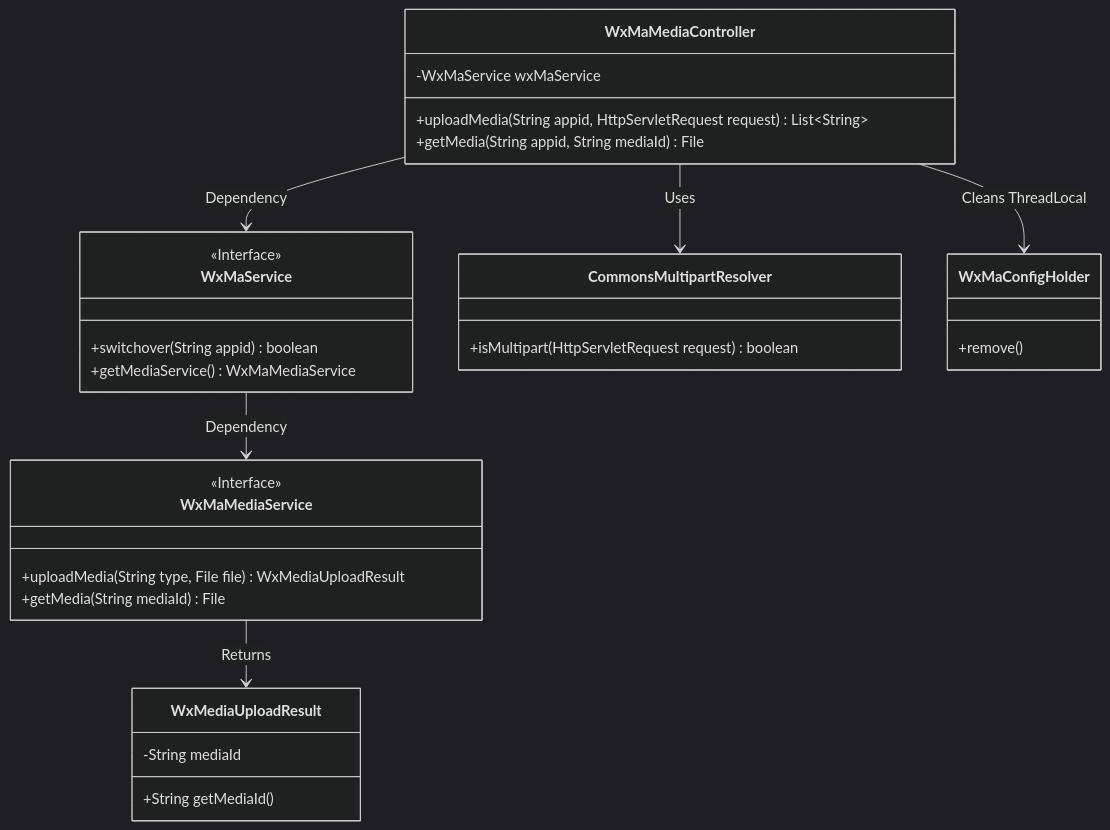
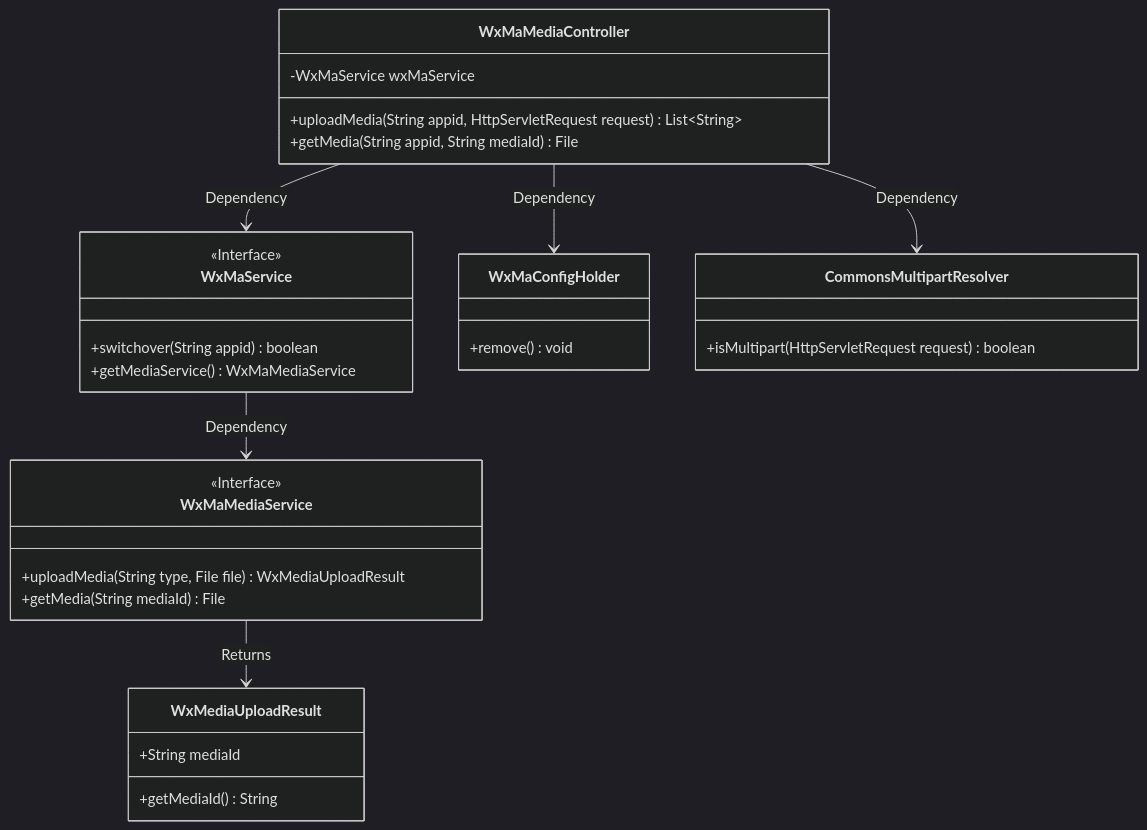
Before and after one commit to v-wjrong/binary_weixin-java-miniapp-demo: the first of 3 diagrams in docs/en/docs/src/main/java/com/github/binarywang/demo/wx/miniapp/controller/WxMaMediaController.md, drawn with Mermaid (dark theme). The commit also changed other lines of this file and 50 other files, not shown here.

````diff
--- a/docs/en/docs/src/main/java/com/github/binarywang/demo/wx/miniapp/controller/WxMaMediaController.md
+++ b/docs/en/docs/src/main/java/com/github/binarywang/demo/wx/miniapp/controller/WxMaMediaController.md
@@ -36,39 +36,39 @@
 ```mermaid
 classDiagram
     class WxMaMediaController {
         -WxMaService wxMaService
         +uploadMedia(String appid, HttpServletRequest request) List~String~
         +getMedia(String appid, String mediaId) File
     }
 
     class WxMaService {
         <<Interface>>
         +switchover(String appid) boolean
         +getMediaService() WxMaMediaService
     }
 
     class WxMaMediaService {
         <<Interface>>
         +uploadMedia(String type, File file) WxMediaUploadResult
         +getMedia(String mediaId) File
     }
 
     class WxMediaUploadResult {
-        -String mediaId
-        +String getMediaId()
+        +String mediaId
+        +getMediaId() String
+    }
+
+    class WxMaConfigHolder {
+        +remove() void
     }
 
     class CommonsMultipartResolver {
         +isMultipart(HttpServletRequest request) boolean
     }
 
-    class WxMaConfigHolder {
-        +remove()
-    }
-
     WxMaMediaController --> WxMaService : Dependency
+    WxMaMediaController --> CommonsMultipartResolver : Dependency
+    WxMaMediaController --> WxMaConfigHolder : Dependency
     WxMaService --> WxMaMediaService : Dependency
     WxMaMediaService --> WxMediaUploadResult : Returns
-    WxMaMediaController --> CommonsMultipartResolver : Uses
-    WxMaMediaController --> WxMaConfigHolder : Cleans ThreadLocal
 ```
````
